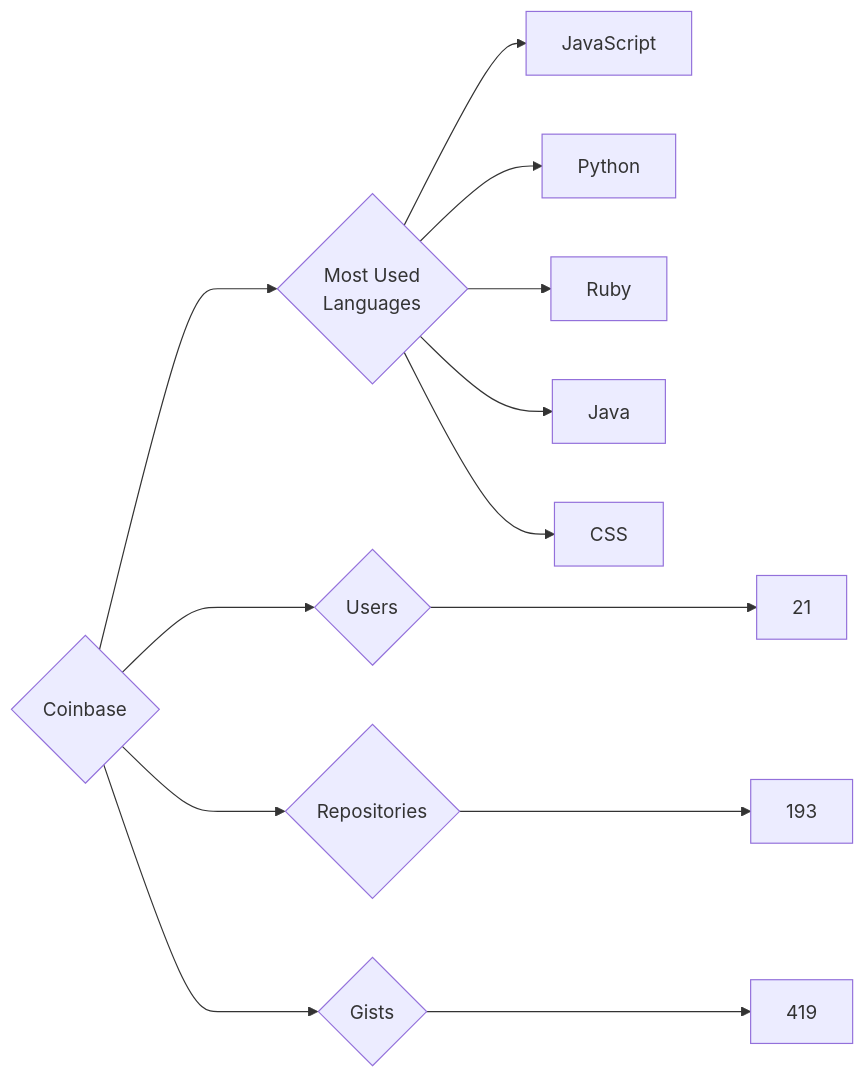
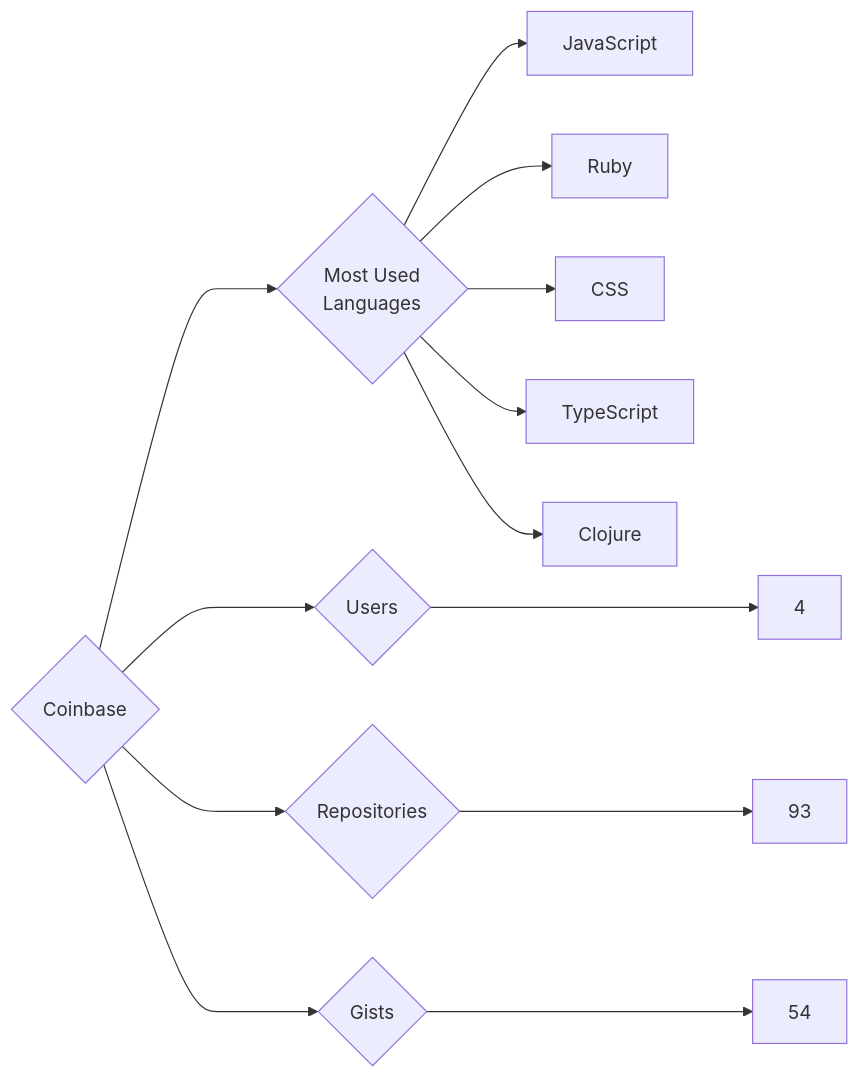
One commit to trickest/insiders changed the diagram in targets/Coinbase/README.md. Above: the diagram before and after it, drawn with Mermaid. The commit also changed 723 other files, not shown here.

````diff
--- a/targets/Coinbase/README.md
+++ b/targets/Coinbase/README.md
@@ -3,13 +3,13 @@
 ```mermaid
 graph LR
 COMPANY_NAME{Coinbase}
-COMPANY_NAME ---> U{Users} ---> UN[21]
-COMPANY_NAME ---> R{Repositories} ---> RN[193]
-COMPANY_NAME ---> G{Gists} ---> GN[419]
+COMPANY_NAME ---> U{Users} ---> UN[4]
+COMPANY_NAME ---> R{Repositories} ---> RN[93]
+COMPANY_NAME ---> G{Gists} ---> GN[54]
 COMPANY_NAME ---> ML{Most Used<br>Languages}
 ML --> JavaScript[JavaScript]
-ML --> Python[Python]
 ML --> Ruby[Ruby]
-ML --> Java[Java]
 ML --> CSS[CSS]
+ML --> TypeScript[TypeScript]
+ML --> Clojure[Clojure]
 ```
````
